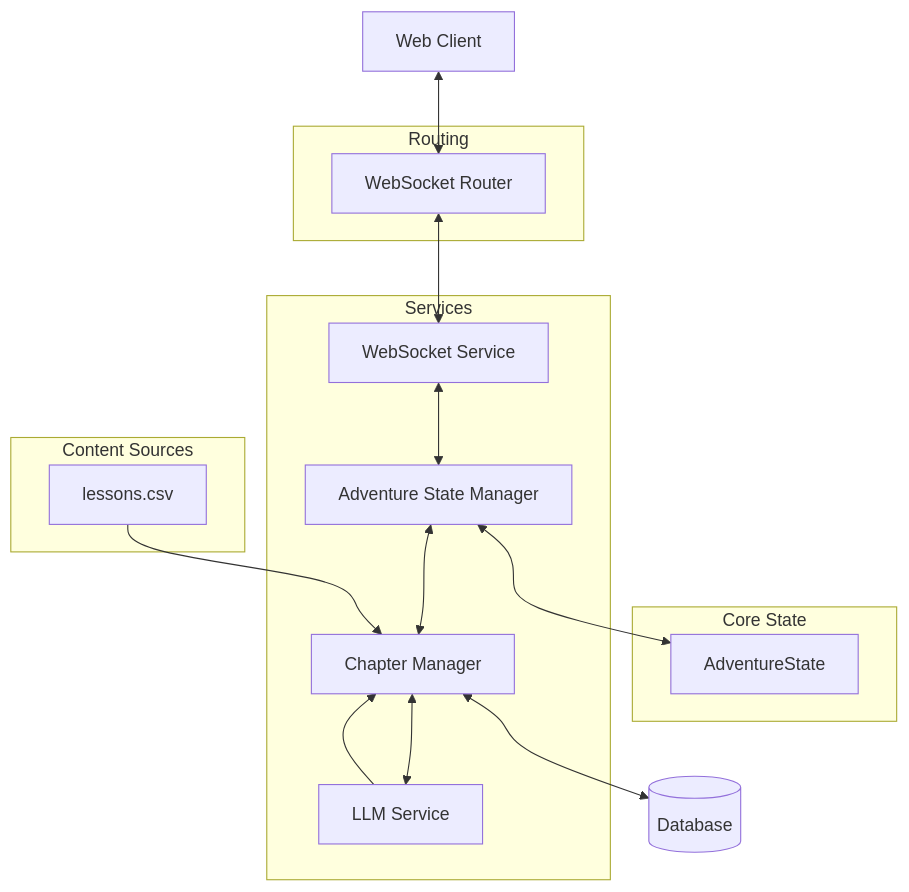
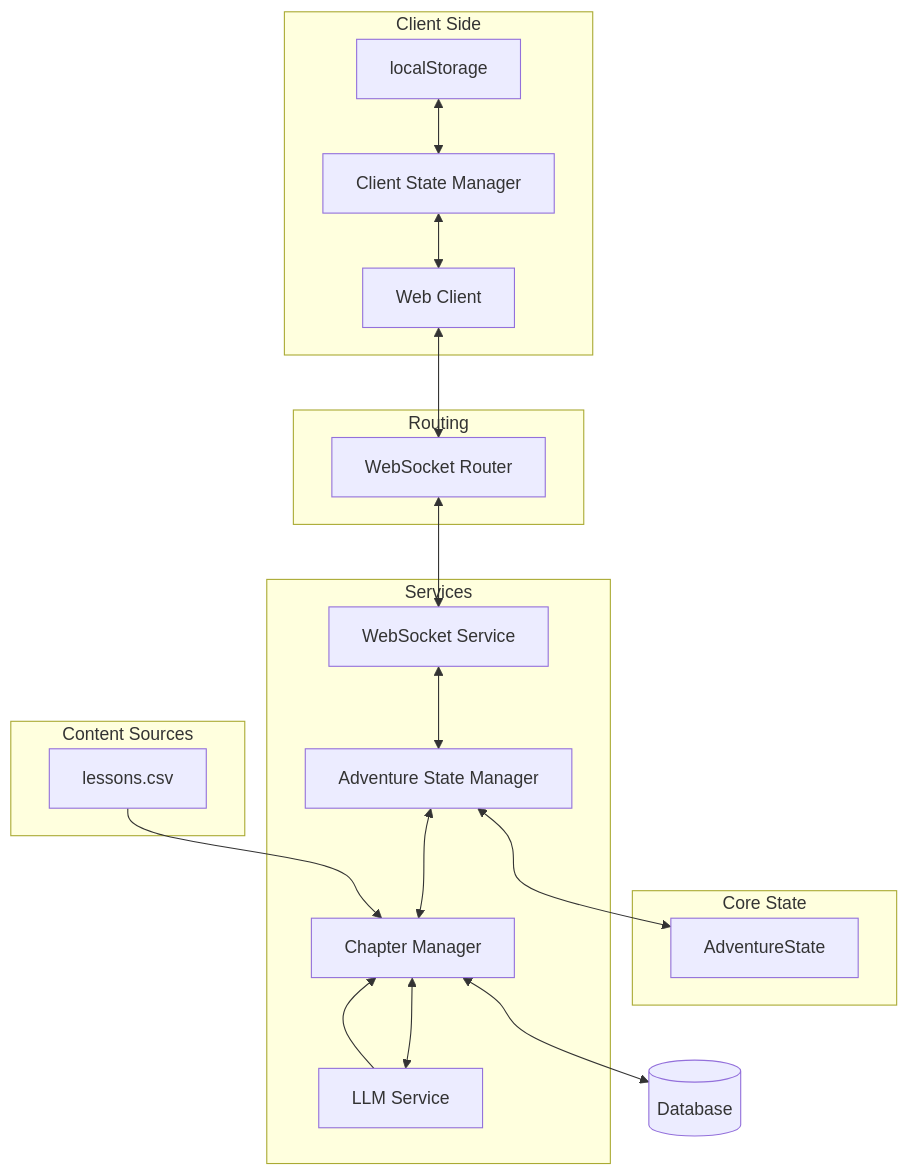
The diagram in memory-bank/systemPatterns.md (DesmondChoy/adventures), drawn with Mermaid before and after one commit. The commit also changed other lines of this file and 4 other files, not shown here.

````diff
--- a/memory-bank/systemPatterns.md
+++ b/memory-bank/systemPatterns.md
@@ -4,30 +4,35 @@
 ```mermaid
 graph TD
     Client[Web Client] <--> WSR[WebSocket Router]
     WSR <--> WSS[WebSocket Service]
     WSS <--> ASM[Adventure State Manager]
     ASM <--> AS[AdventureState]
     ASM <--> CM[Chapter Manager]
     CM <--> LLM[LLM Service]
     CM <--> DB[(Database)]
+
+    subgraph Client Side
+        LP[localStorage] <--> CSM[Client State Manager]
+        CSM <--> Client
+    end
 
     subgraph Core State
         AS
     end
 
     subgraph Services
         WSS
         ASM
         CM
         LLM
     end
 
     subgraph Routing
         WSR
     end
 
     subgraph Content Sources
         CSV[lessons.csv] --> CM
         LLM --> CM
     end
 ```
````
